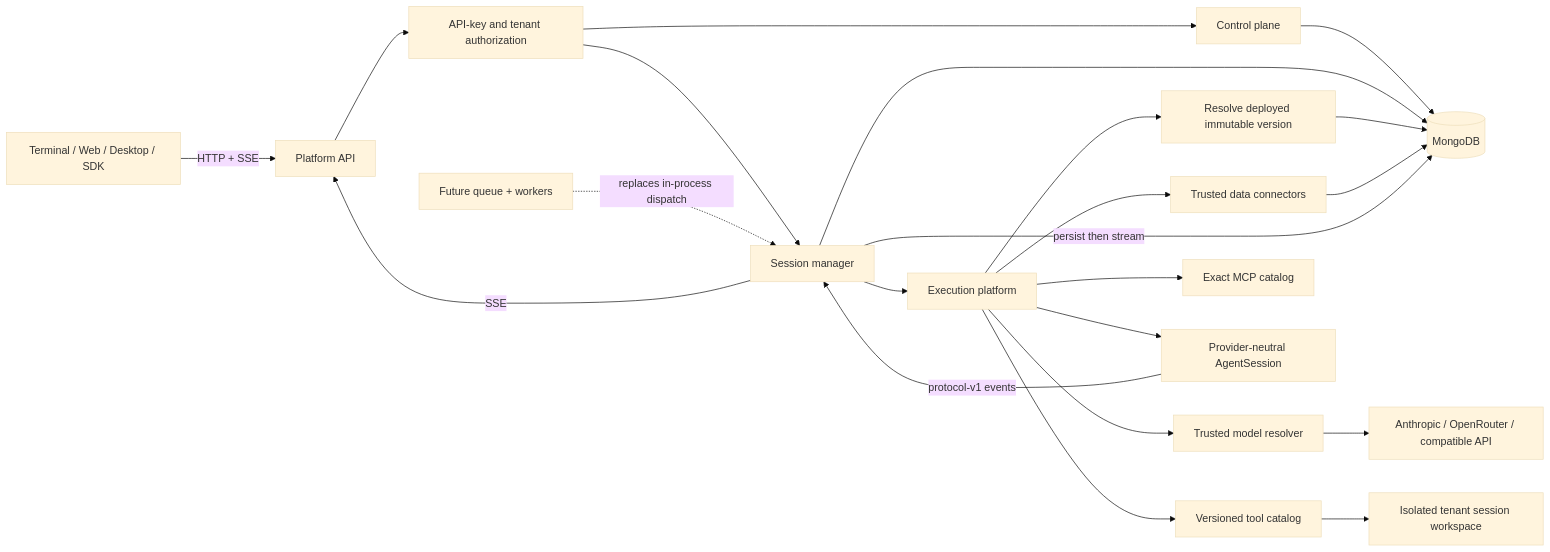
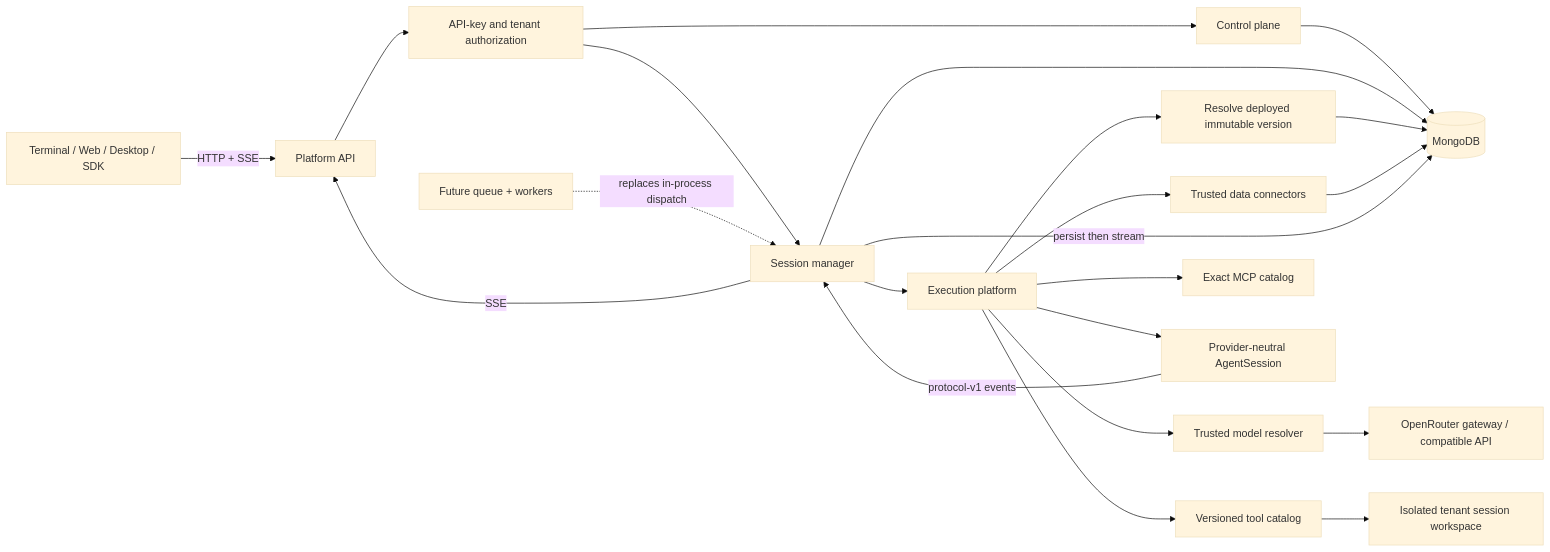
The diagram in agent-harness-clone/docs/platform.md (Dhayalesh/agent-harness), drawn with Mermaid (base theme) before and after one commit. The commit also changed other lines of this file and 34 other files, not shown here.

````diff
--- a/agent-harness-clone/docs/platform.md
+++ b/agent-harness-clone/docs/platform.md
@@ -17,25 +17,25 @@
 ```mermaid
 flowchart LR
   C[Terminal / Web / Desktop / SDK] -->|HTTP + SSE| API[Platform API]
   API --> AUTH[API-key and tenant authorization]
   AUTH --> CP[Control plane]
   AUTH --> SM[Session manager]
   CP --> DB[(MongoDB)]
   SM --> DB
   SM --> EP[Execution platform]
   EP --> DEF[Resolve deployed immutable version]
   DEF --> DB
   EP --> MODEL[Trusted model resolver]
   EP --> TOOLS[Versioned tool catalog]
   EP --> DATA[Trusted data connectors]
   EP --> MCP[Exact MCP catalog]
-  MODEL --> PROVIDER[Anthropic / OpenRouter / compatible API]
+  MODEL --> PROVIDER[OpenRouter gateway / compatible API]
   TOOLS --> RUNTIME[Isolated tenant session workspace]
   DATA --> DB
   EP --> CORE[Provider-neutral AgentSession]
   CORE -->|protocol-v1 events| SM
   SM -->|persist then stream| DB
   SM -->|SSE| API
 
   Q[Future queue + workers] -. replaces in-process dispatch .-> SM
 ```
````
